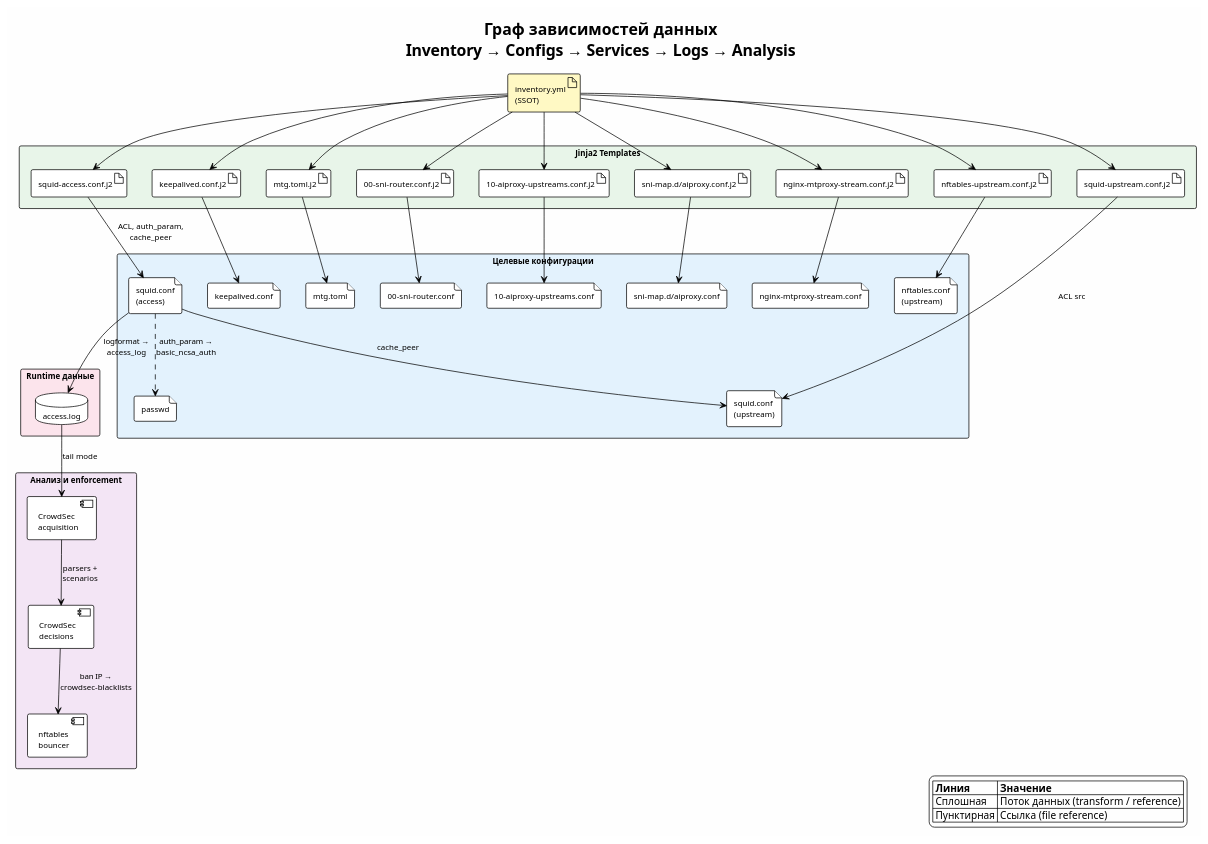
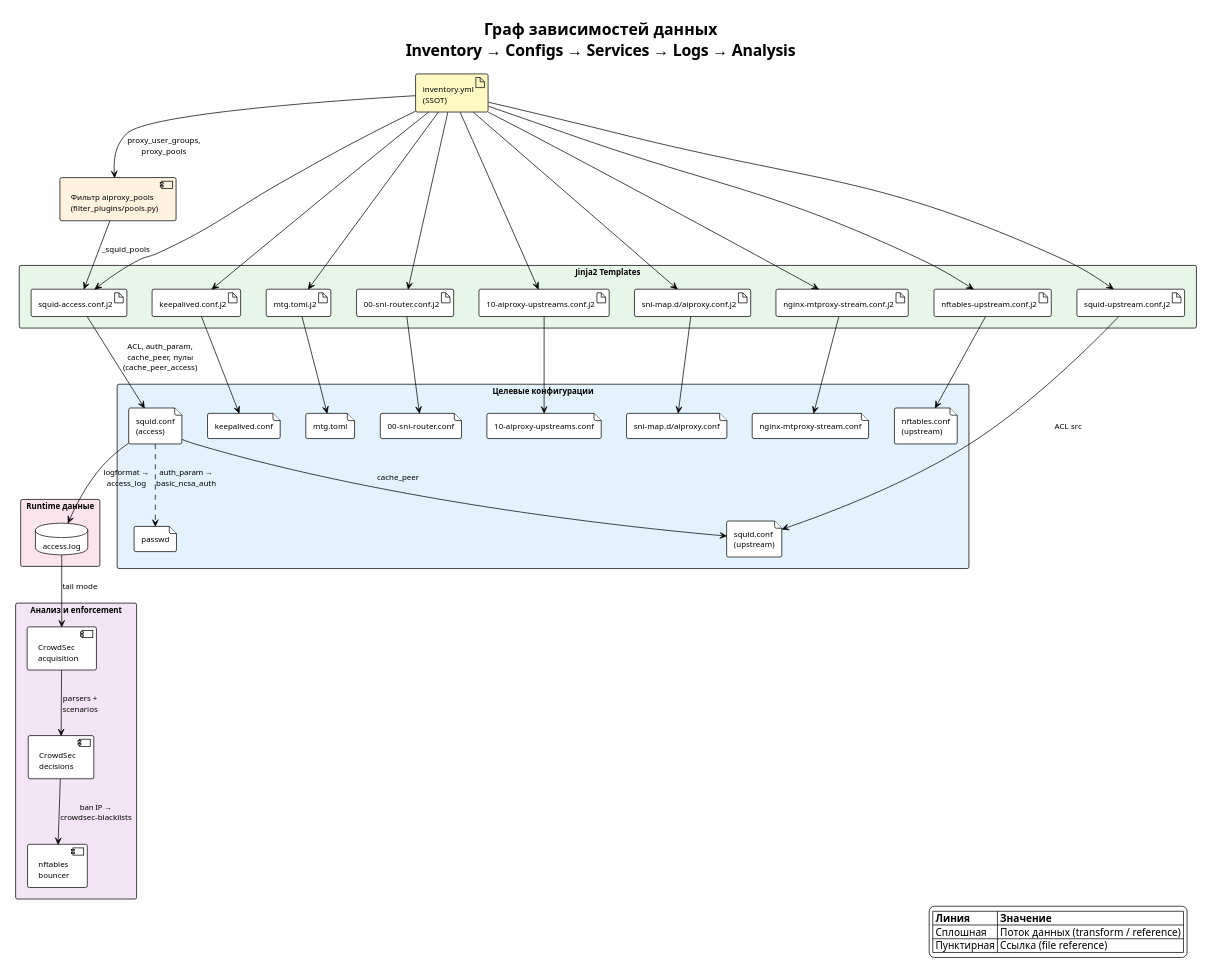
Before and after one commit to demofly/ai-proxy: the diagram in docs/AA/DD/diagrams/DD-SourceMap-dependencies.puml, drawn with PlantUML. The commit also changed 67 other files, not shown here.

```diff
--- a/docs/AA/DD/diagrams/DD-SourceMap-dependencies.puml
+++ b/docs/AA/DD/diagrams/DD-SourceMap-dependencies.puml
@@ -1,96 +1,102 @@
 @startuml DD-SourceMap-dependencies
+' [AITS] 2026-11-06T15:25:09Z
 !theme plain
 skinparam backgroundColor #FEFEFE
 skinparam defaultFontName "Segoe UI"
 skinparam defaultFontSize 11
 
 title Граф зависимостей данных\nInventory → Configs → Services → Logs → Analysis
 
 ' --- SSOT ---
 artifact "inventory.yml\n(SSOT)" as inv #FFF9C4
+
+' --- Проверка и разрешение модели пулов ---
+component "Фильтр aiproxy_pools\n(filter_plugins/pools.py)" as pools_filter #FFF3E0
 
 ' --- Jinja2 Templates ---
 rectangle "Jinja2 Templates" as j2 #E8F5E9 {
   artifact "squid-access.conf.j2" as squid_a_j2
   artifact "squid-upstream.conf.j2" as squid_u_j2
   artifact "keepalived.conf.j2" as ka_j2
   artifact "mtg.toml.j2" as mtg_j2
   artifact "00-sni-router.conf.j2" as nx_sni_j2
   artifact "10-aiproxy-upstreams.conf.j2" as nx_ups_j2
   artifact "sni-map.d/aiproxy.conf.j2" as nx_map_j2
   artifact "nginx-mtproxy-stream.conf.j2" as nx_mtp_j2
   artifact "nftables-upstream.conf.j2" as nft_j2
 }
 
 ' --- Target configs ---
 rectangle "Целевые конфигурации" as configs #E3F2FD {
   file "squid.conf\n(access)" as squid_access
   file "squid.conf\n(upstream)" as squid_upstream
   file "passwd" as passwd
   file "keepalived.conf" as ka_conf
   file "mtg.toml" as mtg_conf
   file "00-sni-router.conf" as nx_sni
   file "10-aiproxy-upstreams.conf" as nx_ups
   file "sni-map.d/aiproxy.conf" as nx_map
   file "nginx-mtproxy-stream.conf" as nx_mtp
   file "nftables.conf\n(upstream)" as nft_conf
 }
 
 ' --- Runtime ---
 rectangle "Runtime данные" as runtime #FCE4EC {
   database "access.log" as accesslog
 }
 
 ' --- Analysis ---
 rectangle "Анализ и enforcement" as analysis #F3E5F5 {
   component "CrowdSec\nacquisition" as cs_acq
   component "CrowdSec\ndecisions" as cs_dec
   component "nftables\nbouncer" as nft
 }
 
 ' === Потоки ===
 
-' inventory -> templates
+' inventory -> filter -> templates
+inv --> pools_filter : proxy_user_groups,\nproxy_pools
+pools_filter --> squid_a_j2 : _squid_pools
 inv --> squid_a_j2
 inv --> squid_u_j2
 inv --> ka_j2
 inv --> mtg_j2
 inv --> nx_sni_j2
 inv --> nx_ups_j2
 inv --> nx_map_j2
 inv --> nx_mtp_j2
 inv --> nft_j2
 
 ' templates -> configs
-squid_a_j2 --> squid_access : ACL, auth_param,\ncache_peer
+squid_a_j2 --> squid_access : ACL, auth_param,\ncache_peer, пулы\n(cache_peer_access)
 squid_u_j2 --> squid_upstream : ACL src
 
 ka_j2 --> ka_conf
 mtg_j2 --> mtg_conf
 nx_sni_j2 --> nx_sni
 nx_ups_j2 --> nx_ups
 nx_map_j2 --> nx_map
 nx_mtp_j2 --> nx_mtp
 nft_j2 --> nft_conf
 
 ' access squid -> passwd (auth_param reference)
 squid_access ..> passwd : auth_param →\nbasic_ncsa_auth
 
 ' access squid -> upstream (cache_peer)
 squid_access --> squid_upstream : cache_peer
 
 ' access squid -> logs
 squid_access --> accesslog : logformat →\naccess_log
 
 ' logs -> analysis
 accesslog --> cs_acq : tail mode
 cs_acq --> cs_dec : parsers +\nscenarios
 cs_dec --> nft : ban IP →\ncrowdsec-blacklists
 
 legend right
   |= Линия |= Значение |
   | Сплошная | Поток данных (transform / reference) |
   | Пунктирная | Ссылка (file reference) |
 end legend
 
 @enduml
```
